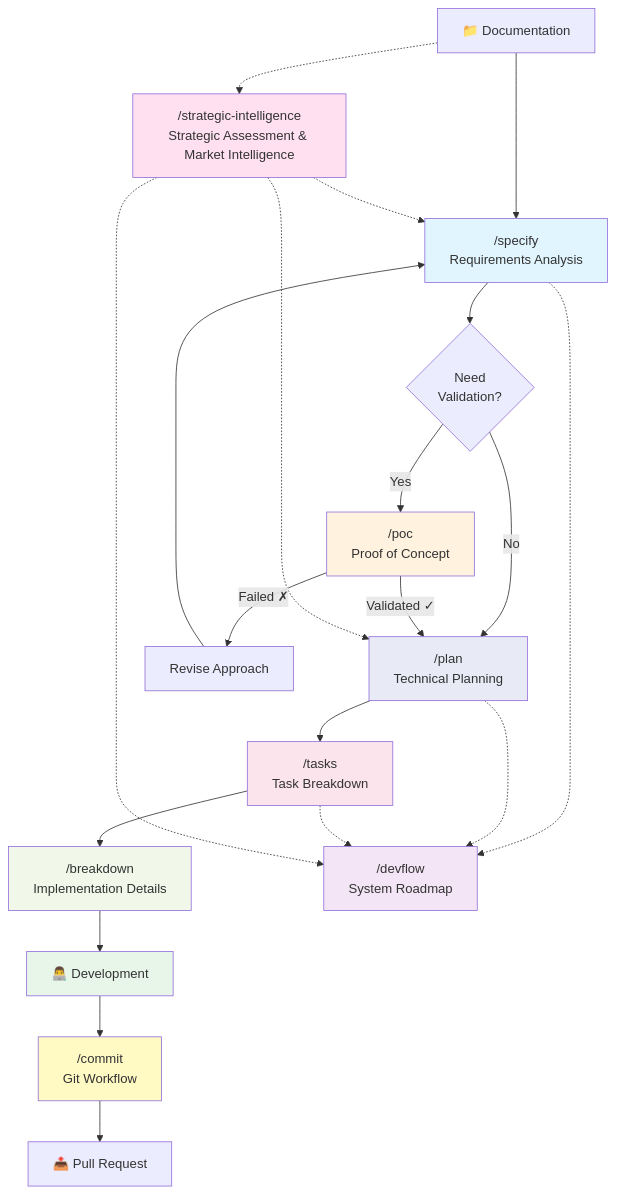
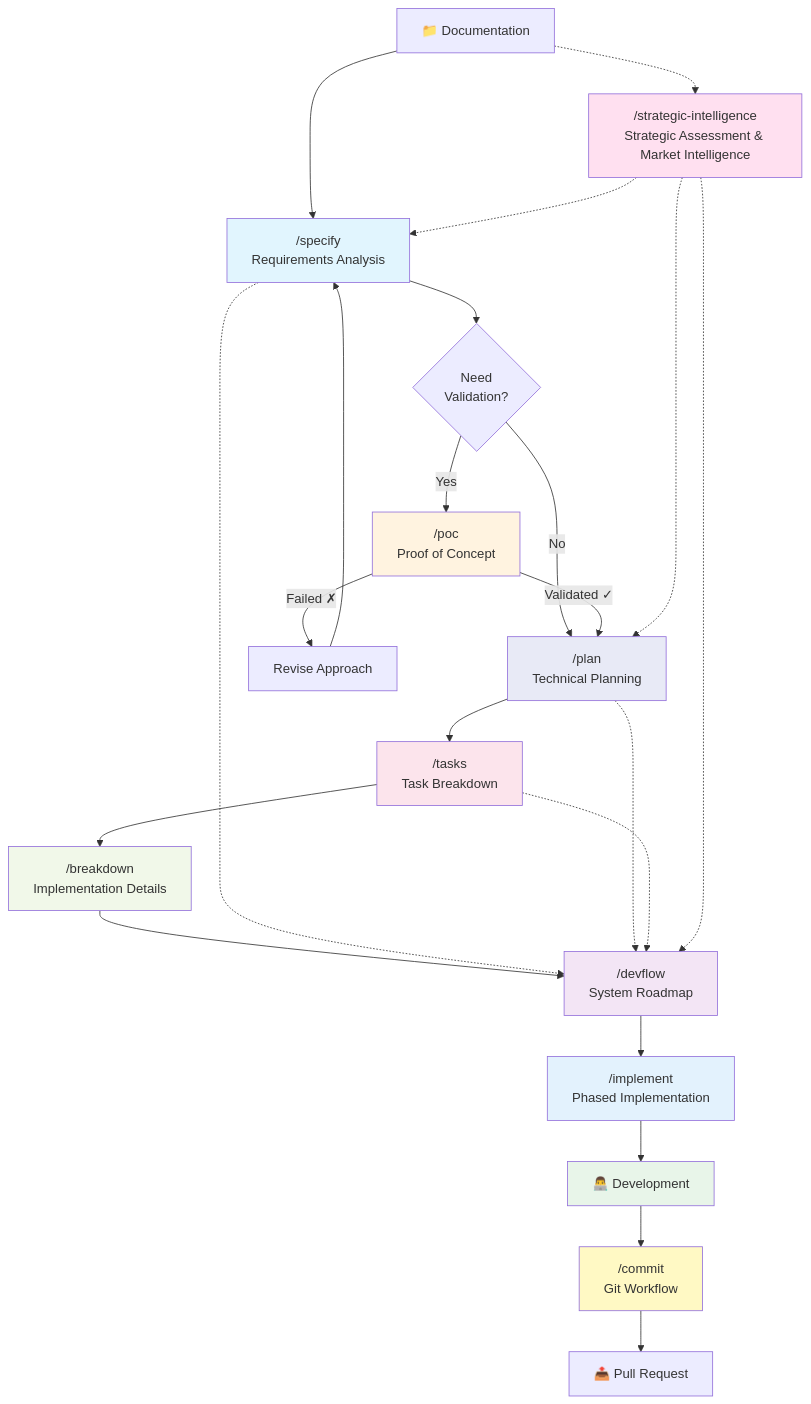
The first of 23 diagrams in commands/WORKFLOW.md (Mathews-Tom/sage-dev), drawn with Mermaid before and after one commit. The commit also changed other lines of this file and 2 other files, not shown here.

First line of the commit message:
docs: introduce /implement command and integrate phased implementation across workflow

````diff
--- a/commands/WORKFLOW.md
+++ b/commands/WORKFLOW.md
@@ -5,38 +5,41 @@
 ```mermaid
 graph TB
     Start[📁 Documentation] --> Specify["/specify<br/>Requirements Analysis"]
 
     Specify --> POC{Need<br/>Validation?}
     POC -->|Yes| POCGen["/poc<br/>Proof of Concept"]
     POC -->|No| Plan
     POCGen -->|Validated ✓| Plan["/plan<br/>Technical Planning"]
     POCGen -->|Failed ✗| Revise[Revise Approach]
     Revise --> Specify
 
     Plan --> Tasks["/tasks<br/>Task Breakdown"]
     Tasks --> Breakdown["/breakdown<br/>Implementation Details"]
 
-    Breakdown --> Dev[👨‍💻 Development]
+    Breakdown --> DevFlow["/devflow<br/>System Roadmap"]
+    DevFlow --> Implement["/implement<br/>Phased Implementation"]
+    Implement --> Dev[👨‍💻 Development]
 
-    Specify -.-> DevFlow["/devflow<br/>System Roadmap"]
+    Specify -.-> DevFlow
     Plan -.-> DevFlow
     Tasks -.-> DevFlow
 
     Start -.-> Assessment["/strategic-intelligence<br/>Strategic Assessment & Market Intelligence"]
     Assessment -.-> Specify
     Assessment -.-> Plan
     Assessment -.-> DevFlow
 
     Dev --> Commit["/commit<br/>Git Workflow"]
     Commit --> PR[📤 Pull Request]
 
     style POCGen fill:#fff3e0
     style Specify fill:#e1f5fe
     style Dev fill:#e8f5e9
     style DevFlow fill:#f3e5f5
     style Plan fill:#e8eaf6
     style Tasks fill:#fce4ec
     style Breakdown fill:#f1f8e9
+    style Implement fill:#e3f2fd
     style Commit fill:#fff9c4
     style Assessment fill:#ffe0f0
 ```
````
